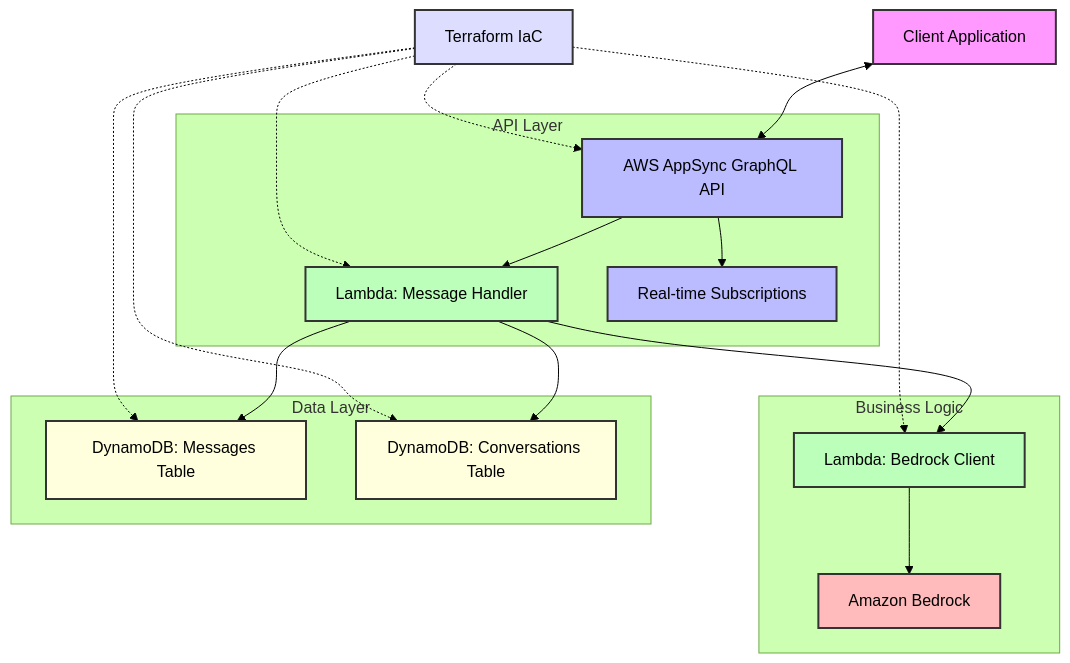
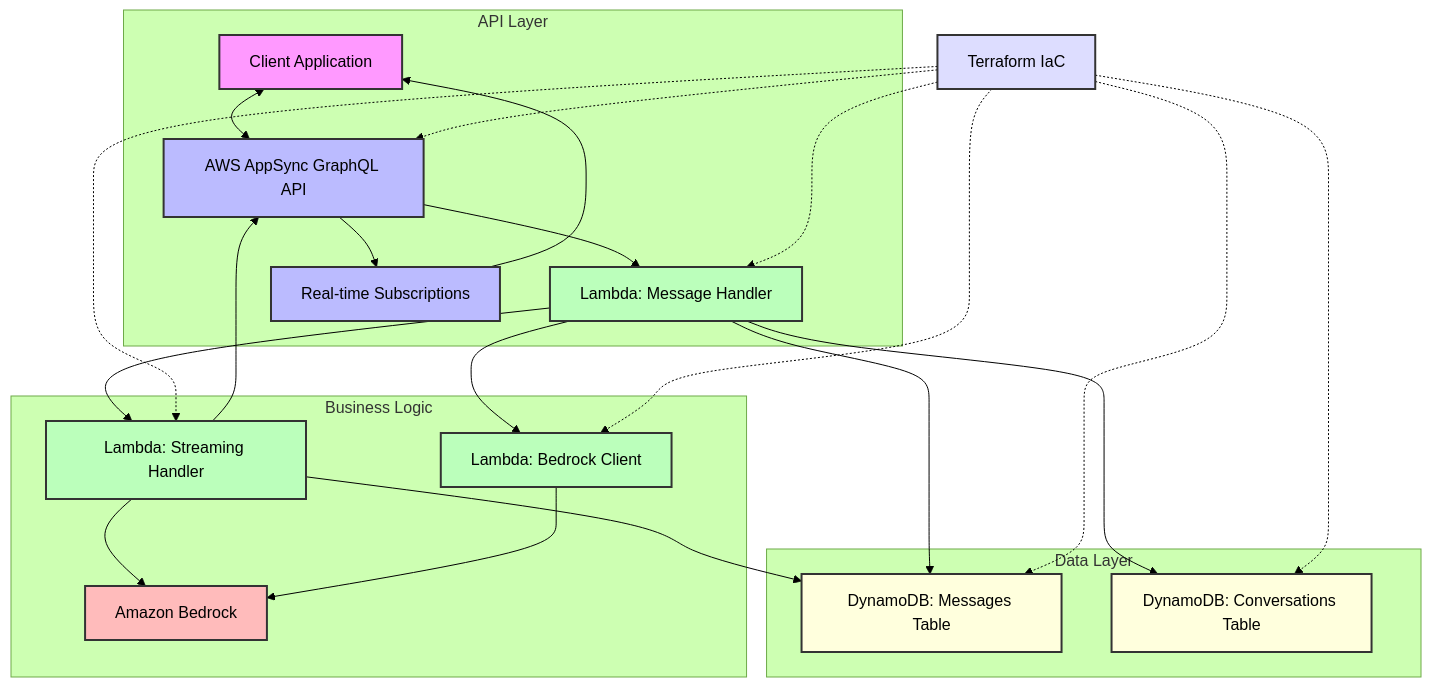
One commit to aws-samples/sample-aws-appsync-bedrock-chatbot-terraform changed the first of 4 diagrams in architecture-diagram.md. Above: the diagram before and after it, drawn with Mermaid (forest theme). The commit also changed other lines of this file and 1 other file, not shown here.

First line of the commit message:
docs: add technical implementation details and fix architecture diagrams

````diff
--- a/architecture-diagram.md
+++ b/architecture-diagram.md
@@ -5,35 +5,43 @@
 ```mermaid
 flowchart TD
     Client[Client Application] <--> AppSync[AWS AppSync GraphQL API]
     
     subgraph "API Layer"
         AppSync --> MessageHandler[Lambda: Message Handler]
         AppSync --> Subscriptions[Real-time Subscriptions]
+        Subscriptions --> Client
     end
     
     subgraph "Business Logic"
+        MessageHandler --> StreamingHandler[Lambda: Streaming Handler]
         MessageHandler --> BedrockClient[Lambda: Bedrock Client]
-        BedrockClient --> Bedrock[Amazon Bedrock]
+        StreamingHandler --> Bedrock[Amazon Bedrock]
+        BedrockClient --> Bedrock
     end
     
     subgraph "Data Layer"
         MessageHandler --> MessagesTable[DynamoDB: Messages Table]
         MessageHandler --> ConversationsTable[DynamoDB: Conversations Table]
+        StreamingHandler --> MessagesTable
     end
+    
+    StreamingHandler --> AppSync
     
     Terraform[Terraform IaC] -.-> AppSync
     Terraform -.-> MessageHandler
     Terraform -.-> BedrockClient
+    Terraform -.-> StreamingHandler
     Terraform -.-> MessagesTable
     Terraform -.-> ConversationsTable
     
     style Client fill:#f9f,stroke:#333,stroke-width:2px
     style AppSync fill:#bbf,stroke:#333,stroke-width:2px
     style MessageHandler fill:#bfb,stroke:#333,stroke-width:2px
     style BedrockClient fill:#bfb,stroke:#333,stroke-width:2px
+    style StreamingHandler fill:#bfb,stroke:#333,stroke-width:2px
     style Bedrock fill:#fbb,stroke:#333,stroke-width:2px
     style MessagesTable fill:#ffd,stroke:#333,stroke-width:2px
     style ConversationsTable fill:#ffd,stroke:#333,stroke-width:2px
     style Terraform fill:#ddf,stroke:#333,stroke-width:2px
     style Subscriptions fill:#bbf,stroke:#333,stroke-width:2px
 ```
````
